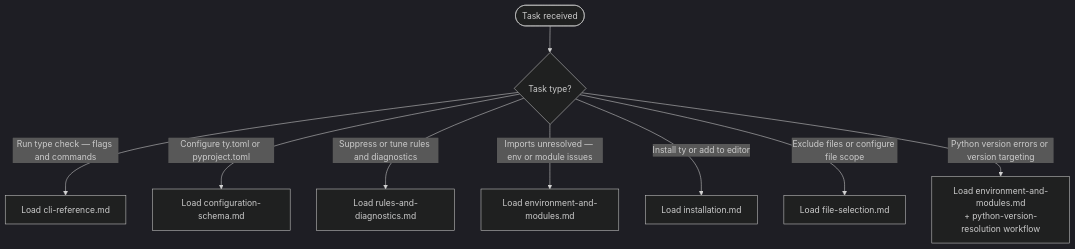
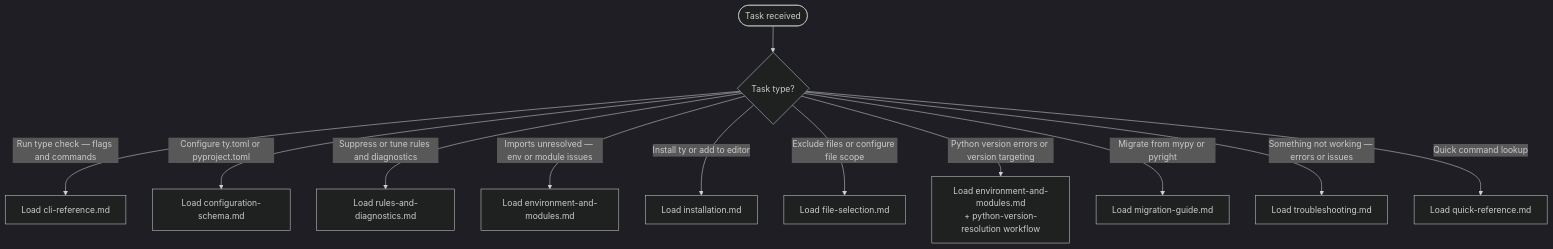
Before and after one commit to chgreer1070/claude_skills: the diagram in plugins/python3-development/skills/ty/SKILL.md, drawn with Mermaid (dark theme). The commit also changed other lines of this file and 12 other files, not shown here.

````diff
--- a/plugins/python3-development/skills/ty/SKILL.md
+++ b/plugins/python3-development/skills/ty/SKILL.md
@@ -38,11 +38,14 @@
 ```mermaid
 flowchart TD
     Start([Task received]) --> Q1{Task type?}
     Q1 -->|Run type check — flags and commands| CLI[Load cli-reference.md]
     Q1 -->|Configure ty.toml or pyproject.toml| Config[Load configuration-schema.md]
     Q1 -->|Suppress or tune rules and diagnostics| Rules[Load rules-and-diagnostics.md]
     Q1 -->|Imports unresolved — env or module issues| Env[Load environment-and-modules.md]
     Q1 -->|Install ty or add to editor| Install[Load installation.md]
     Q1 -->|Exclude files or configure file scope| Files[Load file-selection.md]
     Q1 -->|Python version errors or version targeting| PyVer[Load environment-and-modules.md<br>+ python-version-resolution workflow]
+    Q1 -->|Migrate from mypy or pyright| Mig[Load migration-guide.md]
+    Q1 -->|Something not working — errors or issues| Trouble[Load troubleshooting.md]
+    Q1 -->|Quick command lookup| Quick[Load quick-reference.md]
 ```
````
